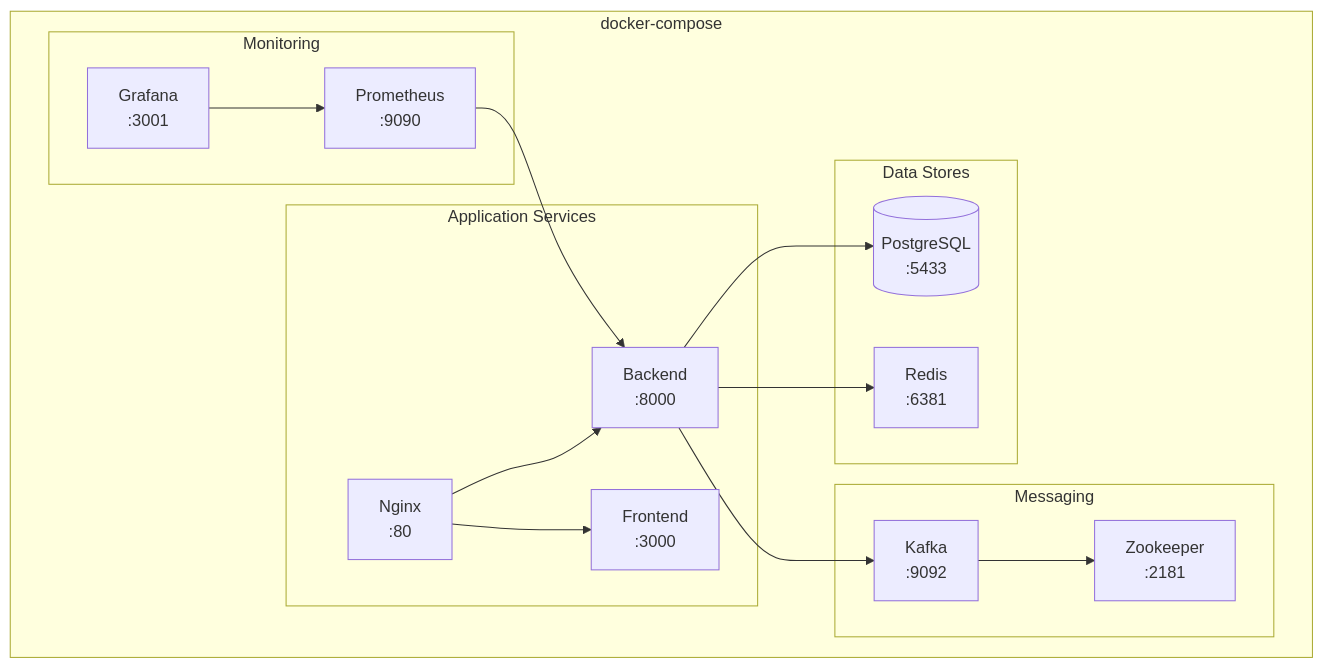
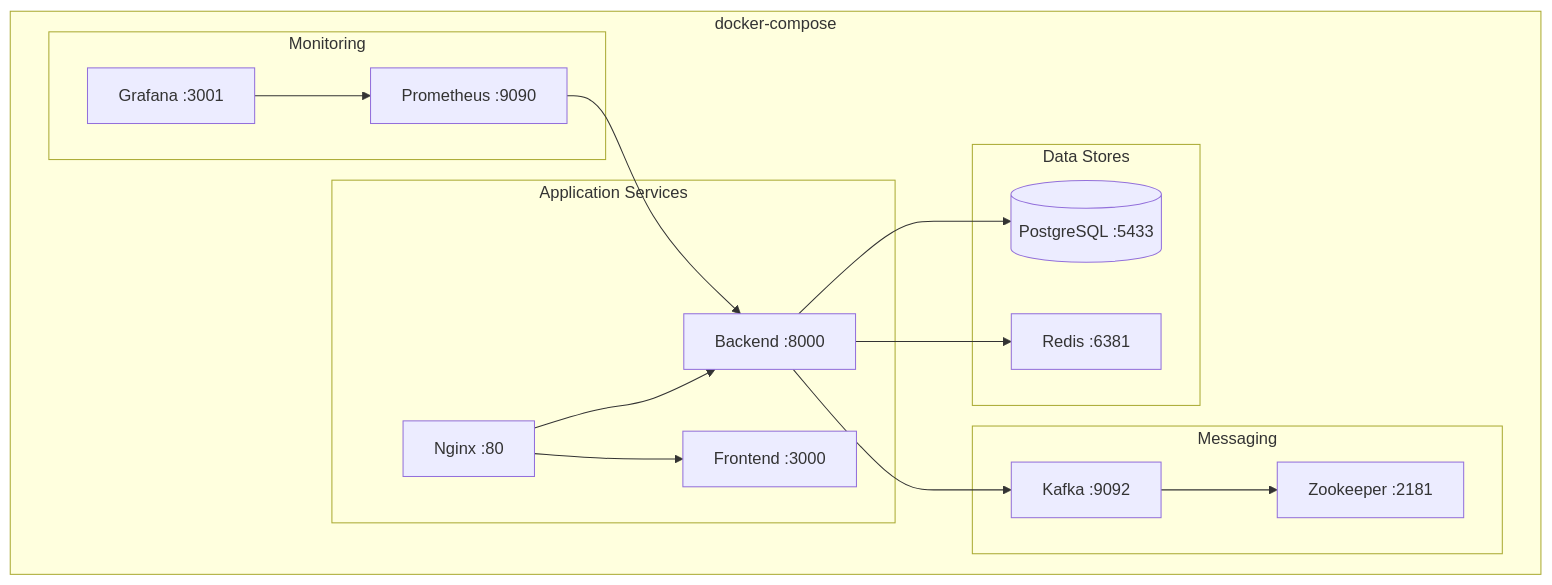
Before and after one commit to Sogang-Computer-Club/sogangcomputerclub.org: the second of 3 diagrams in README.md, drawn with Mermaid. The commit also changed other lines of this file and 1 other file, not shown here.

Commit message:
fix: Mermaid 구문 수정

````diff
--- a/README.md
+++ b/README.md
@@ -68,34 +68,34 @@
 ```mermaid
 flowchart TB
     subgraph DockerCompose["docker-compose"]
         subgraph Services["Application Services"]
-            Nginx["Nginx\n:80"]
-            Backend["Backend\n:8000"]
-            Frontend["Frontend\n:3000"]
+            Nginx["Nginx :80"]
+            Backend["Backend :8000"]
+            Frontend["Frontend :3000"]
         end
 
         subgraph DataStores["Data Stores"]
-            Postgres[("PostgreSQL\n:5433")]
-            Redis["Redis\n:6381"]
+            Postgres[("PostgreSQL :5433")]
+            Redis["Redis :6381"]
         end
 
         subgraph Messaging["Messaging"]
-            Kafka["Kafka\n:9092"]
-            Zookeeper["Zookeeper\n:2181"]
+            Kafka["Kafka :9092"]
+            Zookeeper["Zookeeper :2181"]
         end
 
         subgraph Monitoring["Monitoring"]
-            Prometheus["Prometheus\n:9090"]
-            Grafana["Grafana\n:3001"]
+            Prometheus["Prometheus :9090"]
+            Grafana["Grafana :3001"]
         end
     end
 
     Nginx --> Backend
     Nginx --> Frontend
     Backend --> Postgres
     Backend --> Redis
     Backend --> Kafka
     Kafka --> Zookeeper
     Prometheus --> Backend
     Grafana --> Prometheus
 ```
````
